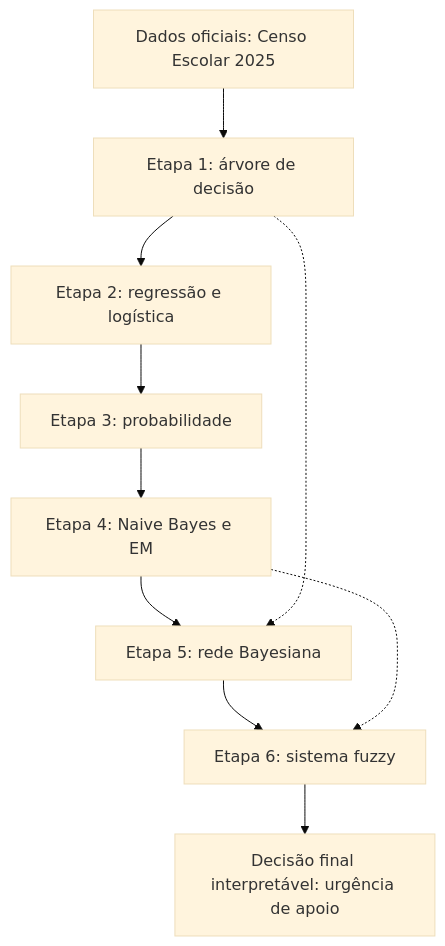
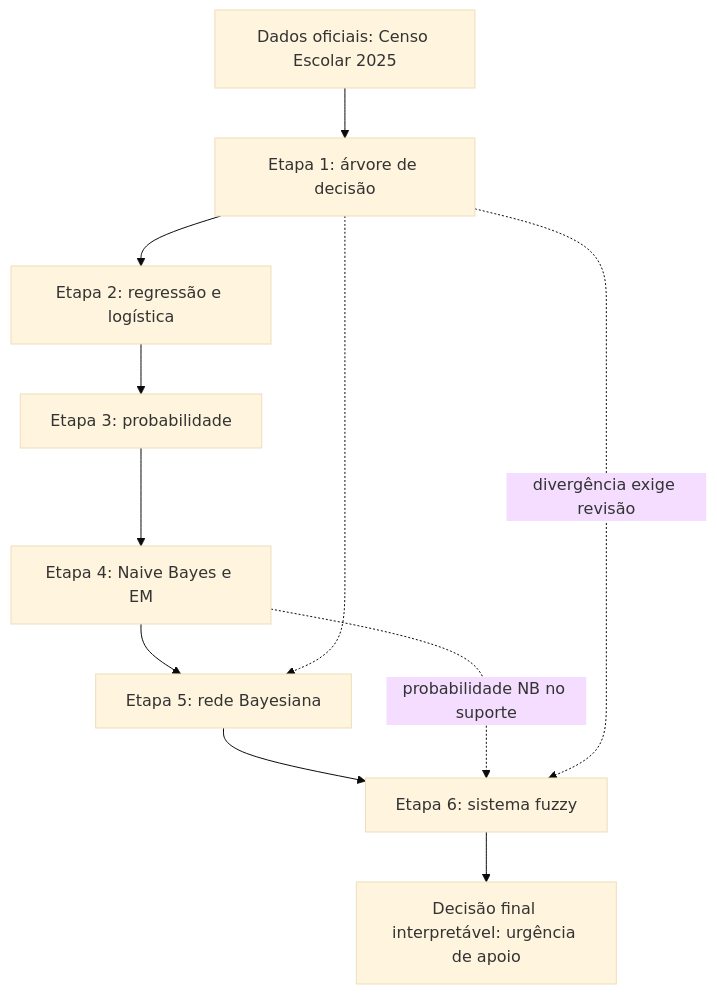
Before and after one commit to pwtheus/pipeline-ia-simbolico-incerteza: the diagram in README.md, drawn with Mermaid (base theme). The commit also changed other lines of this file and 16 other files, not shown here.

````diff
--- a/README.md
+++ b/README.md
@@ -97,12 +97,13 @@
 ```mermaid
 flowchart TD
     D[Dados oficiais: Censo Escolar 2025] --> E1[Etapa 1: árvore de decisão]
     E1 --> E2[Etapa 2: regressão e logística]
     E2 --> E3[Etapa 3: probabilidade]
     E3 --> E4[Etapa 4: Naive Bayes e EM]
     E4 --> E5[Etapa 5: rede Bayesiana]
     E5 --> E6[Etapa 6: sistema fuzzy]
     E6 --> R[Decisão final interpretável: urgência de apoio]
     E1 -.-> E5
-    E4 -.-> E6
+    E4 -.->|probabilidade NB no suporte| E6
+    E1 -.->|divergência exige revisão| E6
 ```
````
